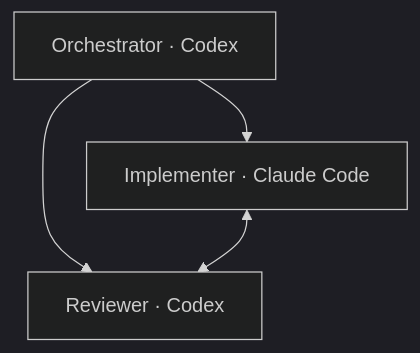
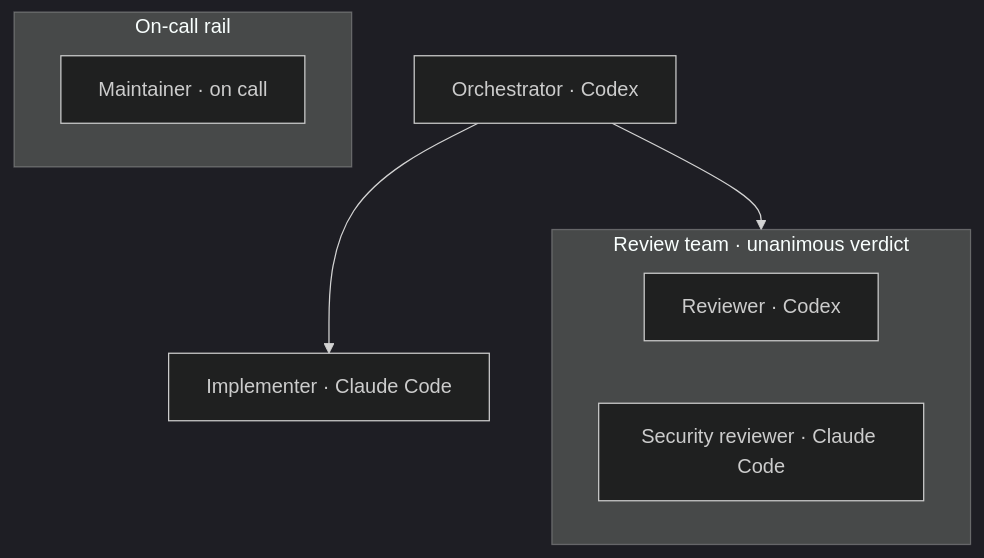
The diagram in docs/PRODUCT.md (Kayyo321/agent-arena), drawn with Mermaid (dark theme) before and after one commit. The commit also changed other lines of this file and 15 other files, not shown here.

````diff
--- a/docs/PRODUCT.md
+++ b/docs/PRODUCT.md
@@ -36,6 +38,12 @@
 ```mermaid
 flowchart TB
   O[Orchestrator · Codex] --> I[Implementer · Claude Code]
-  O --> R[Reviewer · Codex]
-  I <--> R
+  O --> T
+  subgraph T["Review team · unanimous verdict"]
+    R[Reviewer · Codex]
+    S[Security reviewer · Claude Code]
+  end
+  subgraph ONCALL["On-call rail"]
+    C[Maintainer · on call]
+  end
 ```
````
